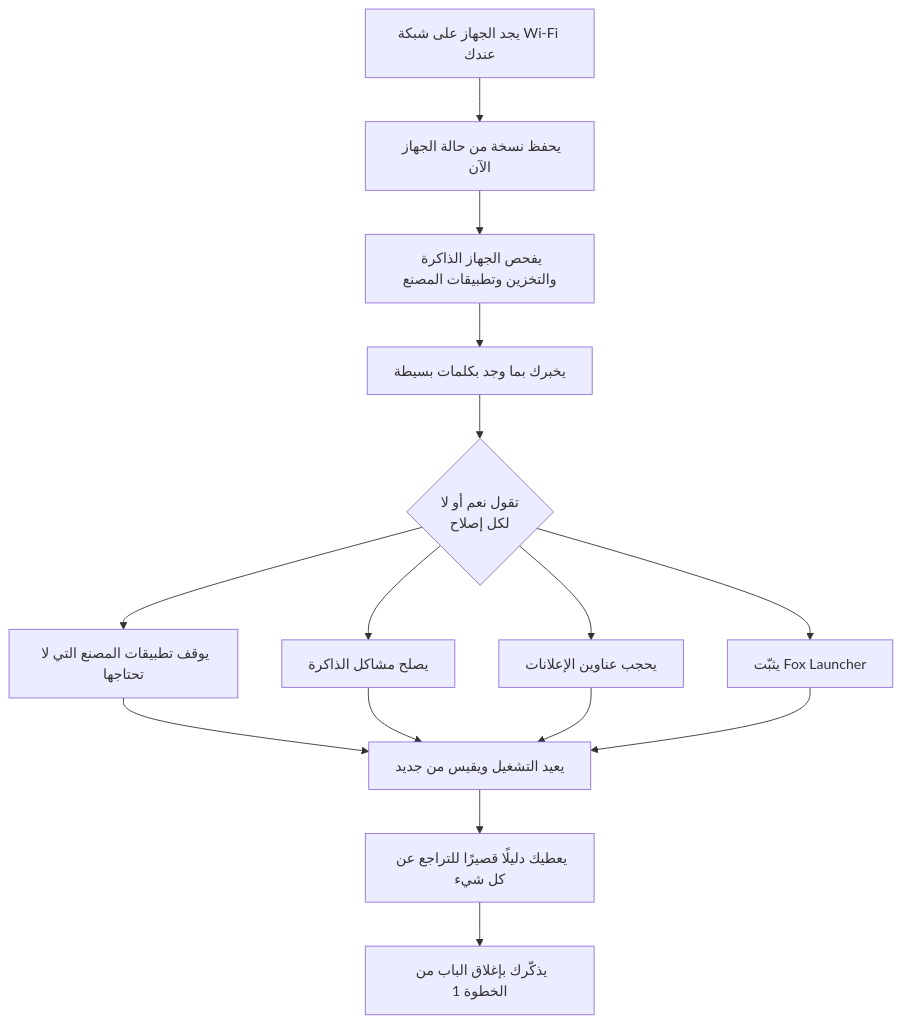
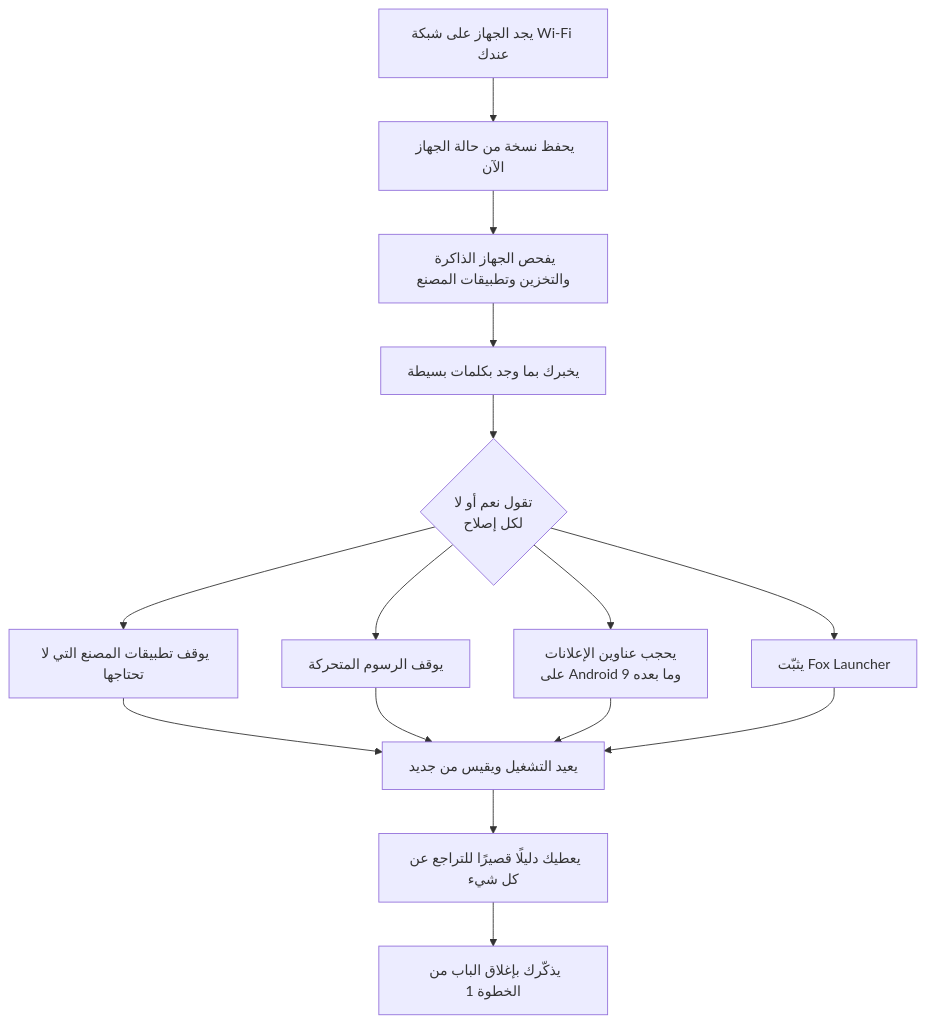
One commit to franco-valenzuela/fox-launcher-tvbox changed the diagram in docs/i18n/README.ar.md. Above: the diagram before and after it, drawn with Mermaid. The commit also changed other lines of this file and 19 other files, not shown here.

````diff
--- a/docs/i18n/README.ar.md
+++ b/docs/i18n/README.ar.md
@@ -82,17 +84,17 @@
 ```mermaid
 flowchart TD
     A[يجد الجهاز على شبكة Wi-Fi عندك] --> B[يحفظ نسخة من حالة الجهاز الآن]
     B --> C[يفحص الجهاز الذاكرة والتخزين وتطبيقات المصنع]
     C --> D[يخبرك بما وجد بكلمات بسيطة]
     D --> E{تقول نعم أو لا<br/>لكل إصلاح}
     E --> F[يوقف تطبيقات المصنع التي لا تحتاجها]
-    E --> G[يصلح مشاكل الذاكرة]
-    E --> H[يحجب عناوين الإعلانات]
+    E --> G[يوقف الرسوم المتحركة]
+    E --> H[يحجب عناوين الإعلانات<br/>على Android 9 وما بعده]
     E --> I[يثبّت Fox Launcher]
     F --> J[يعيد التشغيل ويقيس من جديد]
     G --> J
     H --> J
     I --> J
     J --> K[يعطيك دليلًا قصيرًا للتراجع عن كل شيء]
     K --> L[يذكّرك بإغلاق الباب من الخطوة 1]
 ```
````
